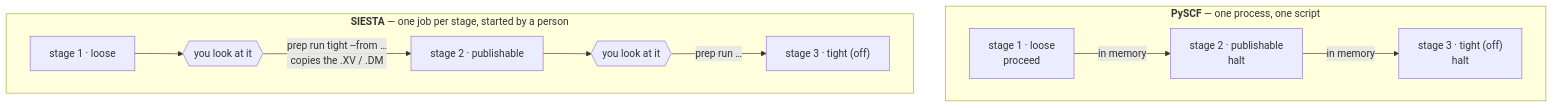
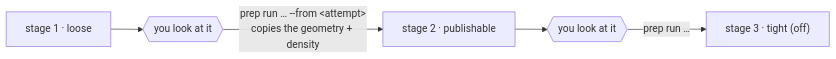
One commit to Qing-LAB/molbuilder changed the second of 2 diagrams in docs/engines/tuning.md. Above: the diagram before and after it, drawn with Mermaid. The commit also changed other lines of this file and 106 other files, not shown here.

````diff
--- a/docs/engines/tuning.md
+++ b/docs/engines/tuning.md
@@ -566,13 +588,6 @@
 ```mermaid
-flowchart TB
-    subgraph PY["<b>PySCF</b> — one process, one script"]
-      direction LR
-      P1["stage 1 · loose<br/>proceed"] -->|"in memory"| P2["stage 2 · publishable<br/>halt"] -->|"in memory"| P3["stage 3 · tight (off)<br/>halt"]
-    end
-    subgraph SI["<b>SIESTA</b> — one job per stage, started by a person"]
-      direction LR
-      S1["stage 1 · loose"] --> L1{{"you look at it"}}
-      L1 -->|"prep run tight --from …<br/>copies the .XV / .DM"| S2["stage 2 · publishable"]
-      S2 --> L2{{"you look at it"}} -->|"prep run …"| S3["stage 3 · tight (off)"]
-    end
+flowchart LR
+    S1["stage 1 · loose"] --> L1{{"you look at it"}}
+    L1 -->|"prep run … --from &lt;attempt&gt;<br/>copies the geometry + density"| S2["stage 2 · publishable"]
+    S2 --> L2{{"you look at it"}} -->|"prep run …"| S3["stage 3 · tight (off)"]
 ```
````
